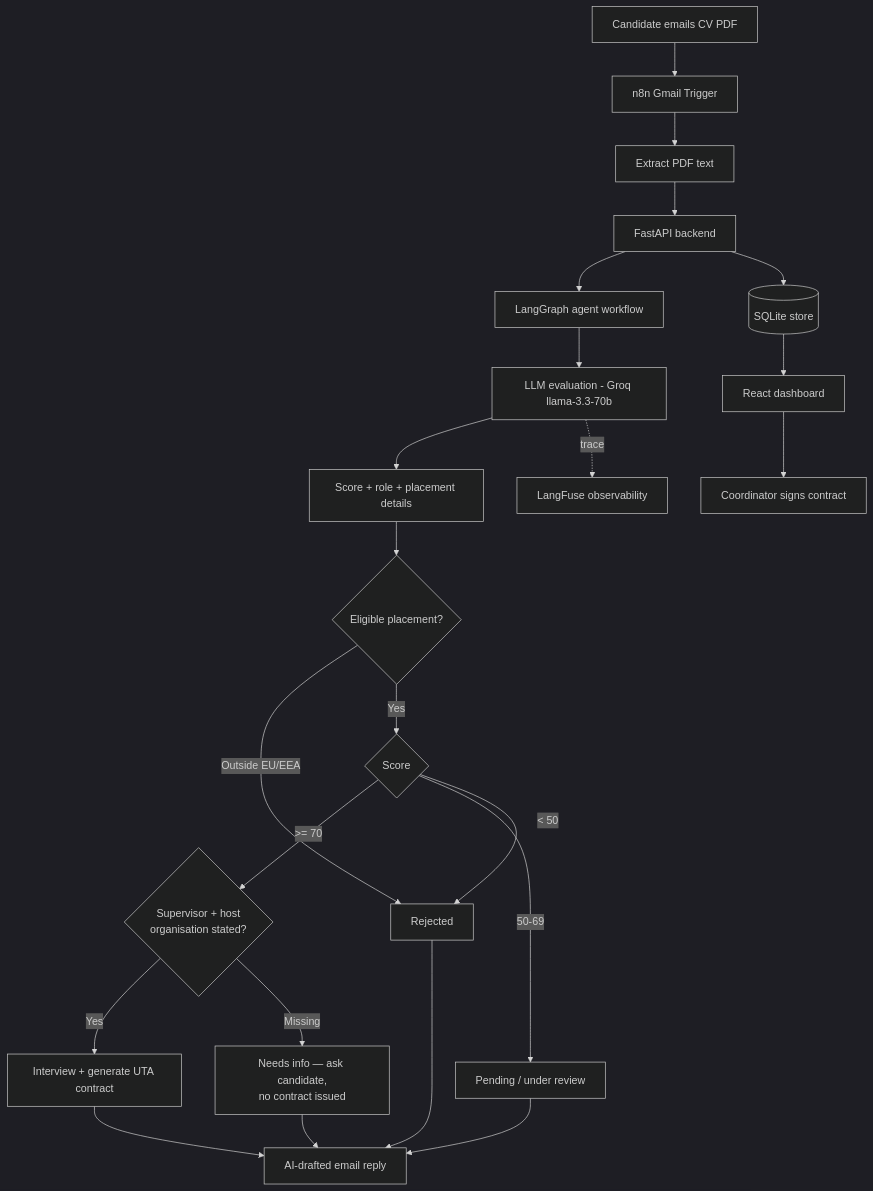
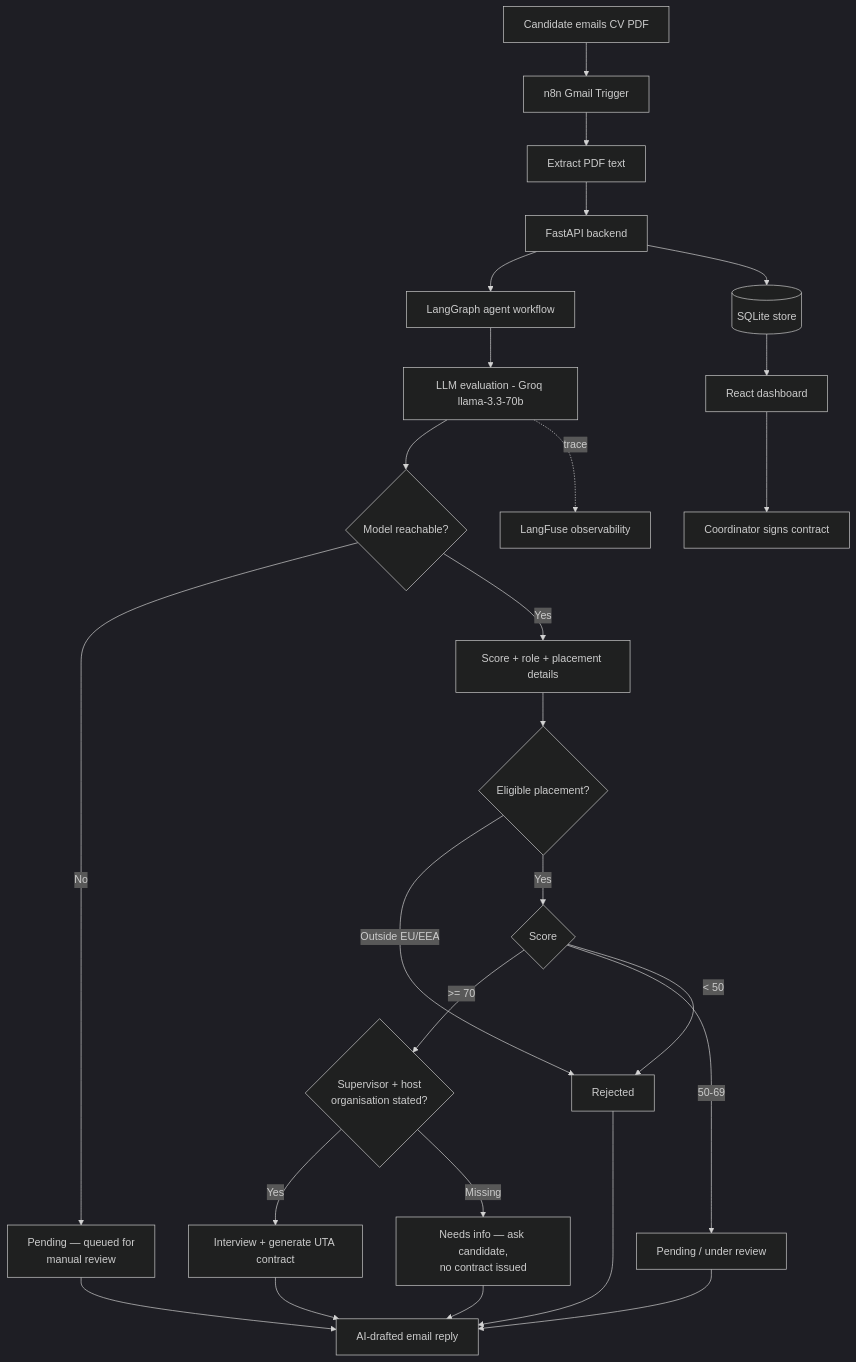
One commit to codcreater1/agentic-internship-coordinator changed the diagram in README.md. Above: the diagram before and after it, drawn with Mermaid (dark theme). The commit also changed other lines of this file, not shown here.

````diff
--- a/README.md
+++ b/README.md
@@ -51,25 +52,28 @@
 ```mermaid
 flowchart TD
     A[Candidate emails CV PDF] --> B[n8n Gmail Trigger]
     B --> C[Extract PDF text]
     C --> D[FastAPI backend]
     D --> E[LangGraph agent workflow]
     E --> F[LLM evaluation - Groq llama-3.3-70b]
-    F --> G[Score + role + placement details]
+    F --> T{Model reachable?}
+    T -->|No| U[Pending — queued for<br/>manual review]
+    U --> L[AI-drafted email reply]
+    T -->|Yes| G[Score + role + placement details]
     G --> H{Eligible placement?}
     H -->|Outside EU/EEA| K[Rejected]
     H -->|Yes| Q{Score}
     Q -->|>= 70| R{Supervisor + host<br/>organisation stated?}
     Q -->|50-69| J[Pending / under review]
     Q -->|< 50| K
     R -->|Yes| I[Interview + generate UTA contract]
     R -->|Missing| S[Needs info — ask candidate,<br/>no contract issued]
-    I --> L[AI-drafted email reply]
+    I --> L
     J --> L
     K --> L
     S --> L
     D --> M[(SQLite store)]
     M --> N[React dashboard]
     N --> O[Coordinator signs contract]
     F -.trace.-> P[LangFuse observability]
 ```
````
